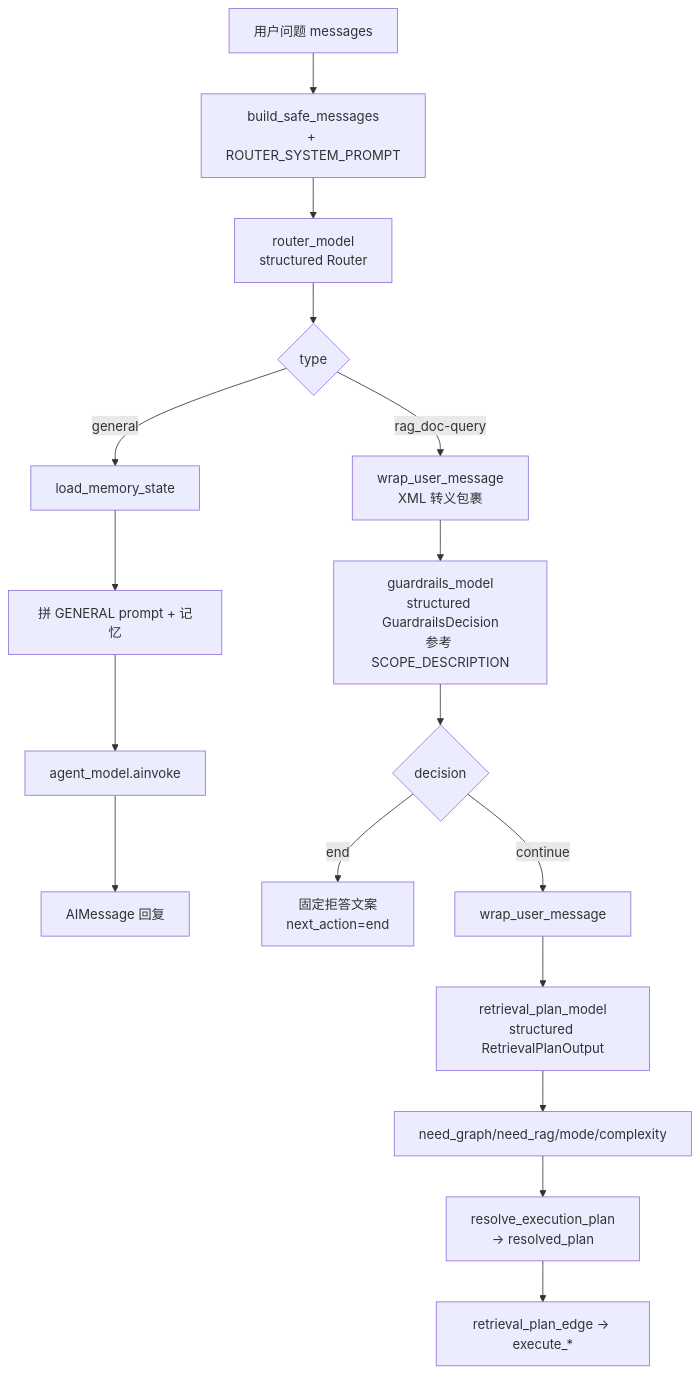
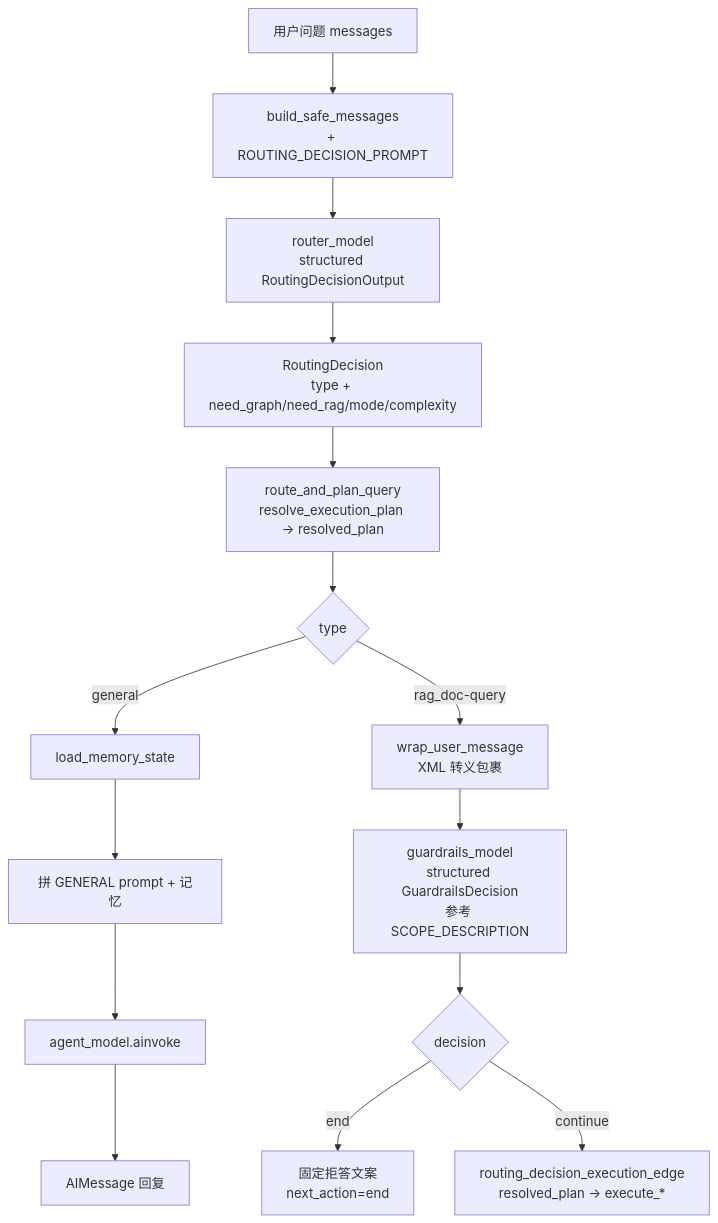
One commit to bitladykiller/- changed the tenth of 36 diagrams in docs/modules/00-全流程图集.md. Above: the diagram before and after it, drawn with Mermaid. The commit also changed other lines of this file and 19 other files, not shown here.

````diff
--- a/docs/modules/00-全流程图集.md
+++ b/docs/modules/00-全流程图集.md
@@ -436,22 +433,19 @@
 ```mermaid
 flowchart TB
-    Q[用户问题 messages] --> SAFE1[build_safe_messages<br/>+ ROUTER_SYSTEM_PROMPT]
-    SAFE1 --> RLLM[router_model<br/>structured Router]
-    RLLM --> RT{type}
+    Q[用户问题 messages] --> SAFE1[build_safe_messages<br/>+ ROUTING_DECISION_PROMPT]
+    SAFE1 --> RLLM[router_model<br/>structured RoutingDecisionOutput]
+    RLLM --> DEC[RoutingDecision<br/>type + need_graph/need_rag/mode/complexity]
+    DEC --> RES[route_and_plan_query<br/>resolve_execution_plan → resolved_plan]
+    RES --> RT{type}
 
     RT -->|general| GMEM[load_memory_state]
     GMEM --> GCTX[拼 GENERAL prompt + 记忆]
     GCTX --> GANS[agent_model.ainvoke]
     GANS --> OUT1[AIMessage 回复]
 
     RT -->|rag_doc-query| WRAP1[wrap_user_message<br/>XML 转义包裹]
     WRAP1 --> GLLM[guardrails_model<br/>structured GuardrailsDecision<br/>参考 SCOPE_DESCRIPTION]
     GLLM --> GD{decision}
     GD -->|end| REJECT[固定拒答文案<br/>next_action=end]
-    GD -->|continue| WRAP2[wrap_user_message]
-    WRAP2 --> PLLM[retrieval_plan_model<br/>structured RetrievalPlanOutput]
-    PLLM --> PLANV[need_graph/need_rag/mode/complexity]
-    PLANV --> RES[resolve_execution_plan
-→ resolved_plan]
-    RES --> MAP[retrieval_plan_edge → execute_*]
+    GD -->|continue| MAP[routing_decision_execution_edge<br/>resolved_plan → execute_*]
 ```
````
